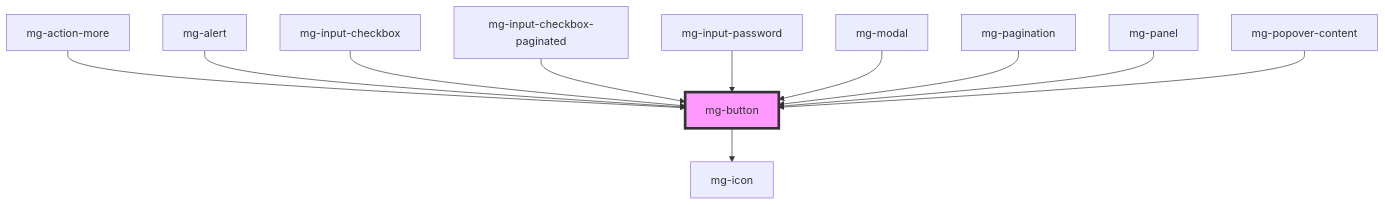
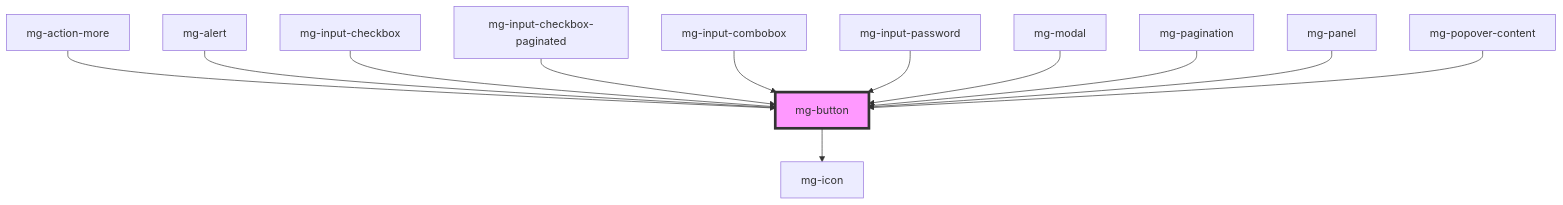
One commit to MGDIS/core-ui changed the diagram in packages/mg-components/src/components/atoms/mg-button/readme.md. Above: the diagram before and after it, drawn with Mermaid. The commit also changed other lines of this file and 26 other files, not shown here.

First line of the commit message:
feat(mgInputCombobox): add component

````diff
--- a/packages/mg-components/src/components/atoms/mg-button/readme.md
+++ b/packages/mg-components/src/components/atoms/mg-button/readme.md
@@ -115,14 +116,15 @@
 ```mermaid
 graph TD;
   mg-button --> mg-icon
   mg-action-more --> mg-button
   mg-alert --> mg-button
   mg-input-checkbox --> mg-button
   mg-input-checkbox-paginated --> mg-button
+  mg-input-combobox --> mg-button
   mg-input-password --> mg-button
   mg-modal --> mg-button
   mg-pagination --> mg-button
   mg-panel --> mg-button
   mg-popover-content --> mg-button
   style mg-button fill:#f9f,stroke:#333,stroke-width:4px
 ```
````
